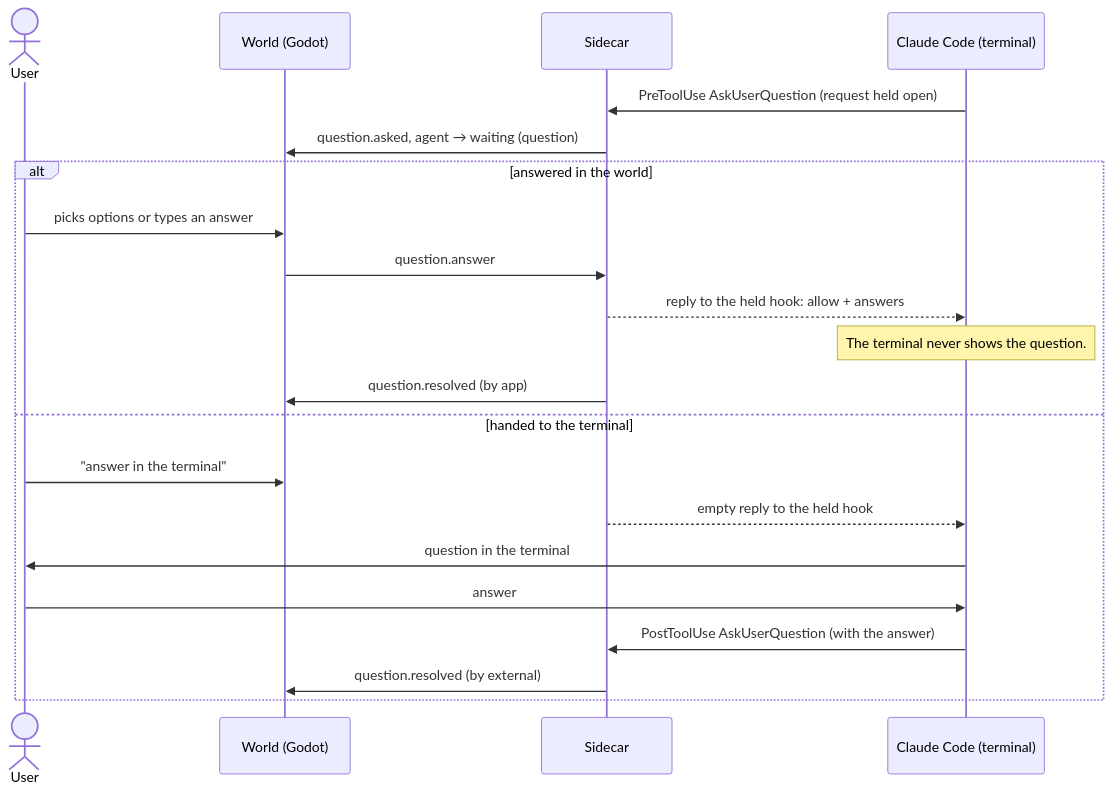
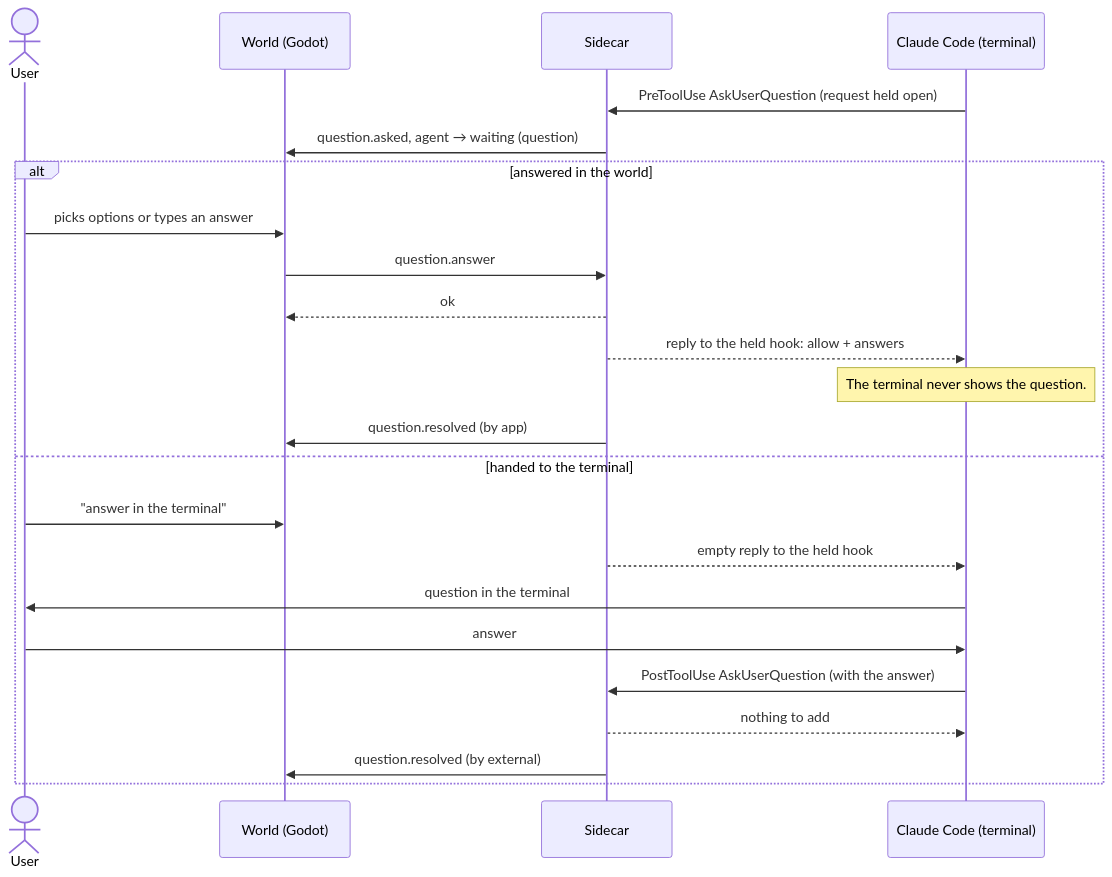
Before and after one commit to PaoloPortugal/The-Beach: the fourth of 7 diagrams in docs/flows.md, drawn with Mermaid. The commit also changed other lines of this file, not shown here.

Commit message:
Draw every reply in the flow diagrams and add a reading key

````diff
--- a/docs/flows.md
+++ b/docs/flows.md
@@ -114,24 +132,26 @@
 ```mermaid
 sequenceDiagram
     actor User
     participant World as World (Godot)
     participant Sidecar
     participant Claude as Claude Code (terminal)
 
     Claude->>Sidecar: PreToolUse AskUserQuestion (request held open)
     Sidecar->>World: question.asked, agent → waiting (question)
     alt answered in the world
         User->>World: picks options or types an answer
         World->>Sidecar: question.answer
+        Sidecar-->>World: ok
         Sidecar-->>Claude: reply to the held hook: allow + answers
         Note over Claude: The terminal never shows the question.
         Sidecar->>World: question.resolved (by app)
     else handed to the terminal
         User->>World: "answer in the terminal"
         Sidecar-->>Claude: empty reply to the held hook
         Claude->>User: question in the terminal
         User->>Claude: answer
         Claude->>Sidecar: PostToolUse AskUserQuestion (with the answer)
+        Sidecar-->>Claude: nothing to add
         Sidecar->>World: question.resolved (by external)
     end
 ```
````
